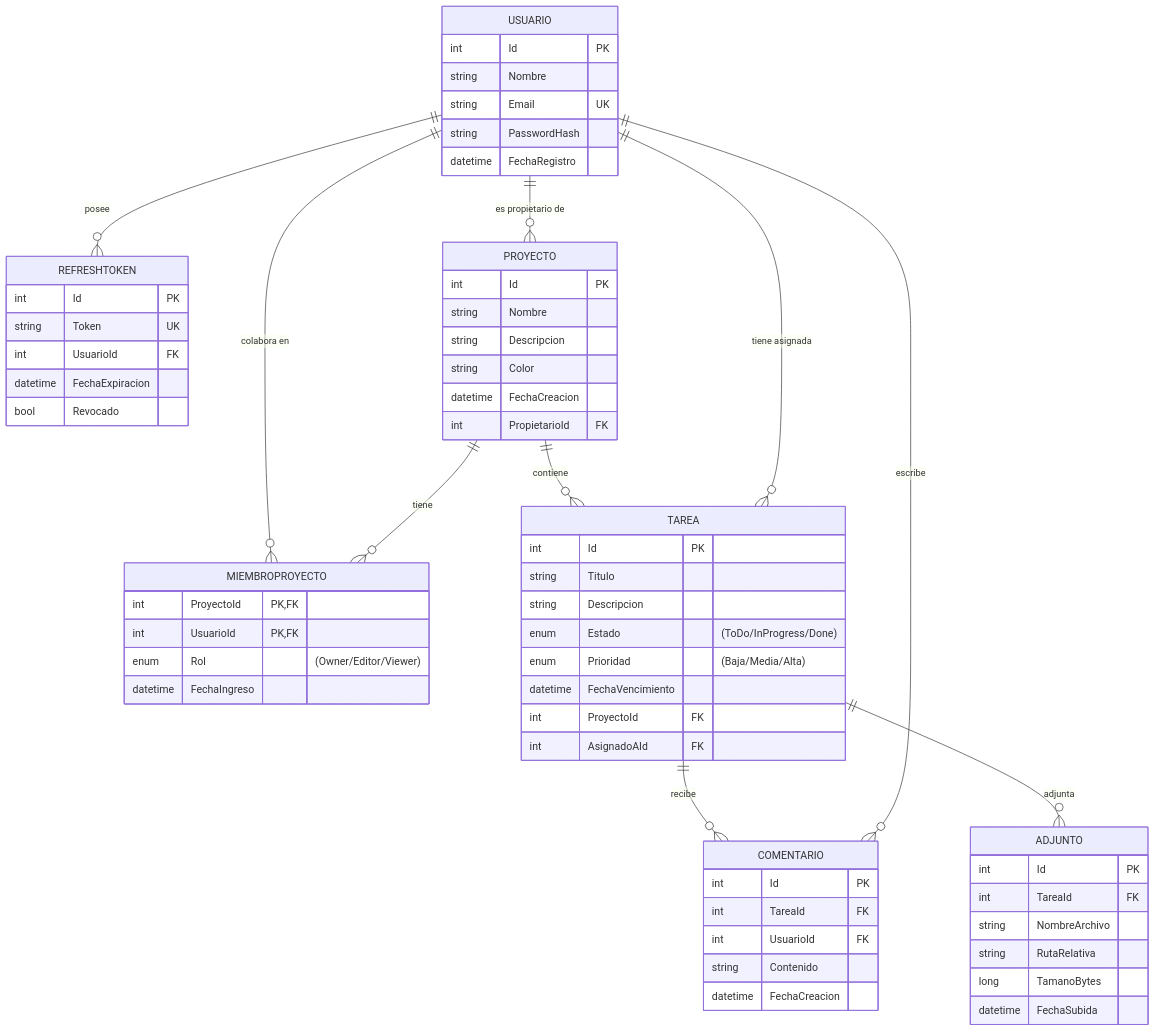
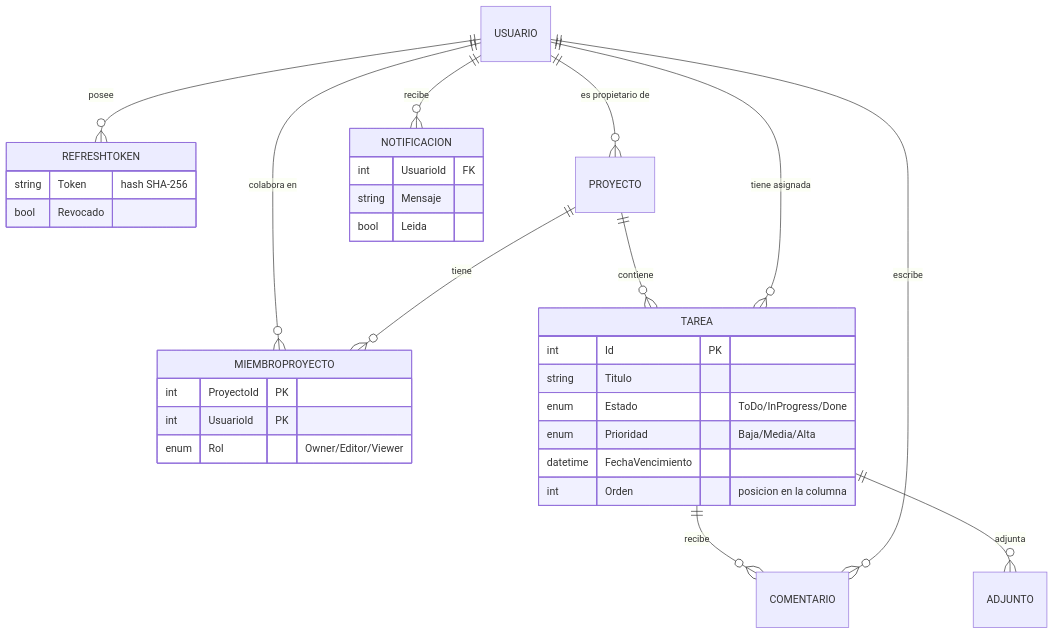
The second of 2 diagrams in README.md (Joel-S-Florian/gestor-tareas-api), drawn with Mermaid before and after one commit. The commit also changed other lines of this file and 7 other files, not shown here.

````diff
--- a/README.md
+++ b/README.md
@@ -97,66 +113,36 @@
 ```mermaid
 erDiagram
-    USUARIO ||--o{ REFRESHTOKEN : "posee"
+    USUARIO ||--o{ REFRESHTOKEN : posee
     USUARIO ||--o{ PROYECTO : "es propietario de"
     USUARIO ||--o{ MIEMBROPROYECTO : "colabora en"
-    PROYECTO ||--o{ MIEMBROPROYECTO : "tiene"
-    PROYECTO ||--o{ TAREA : "contiene"
+    PROYECTO ||--o{ MIEMBROPROYECTO : tiene
+    PROYECTO ||--o{ TAREA : contiene
     USUARIO ||--o{ TAREA : "tiene asignada"
-    TAREA ||--o{ COMENTARIO : "recibe"
-    USUARIO ||--o{ COMENTARIO : "escribe"
-    TAREA ||--o{ ADJUNTO : "adjunta"
+    TAREA ||--o{ COMENTARIO : recibe
+    USUARIO ||--o{ COMENTARIO : escribe
+    TAREA ||--o{ ADJUNTO : adjunta
+    USUARIO ||--o{ NOTIFICACION : recibe
 
-    USUARIO {
-        int Id PK
-        string Nombre
-        string Email UK
-        string PasswordHash
-        datetime FechaRegistro
-    }
-    PROYECTO {
-        int Id PK
-        string Nombre
-        string Descripcion
-        string Color
-        datetime FechaCreacion
-        int PropietarioId FK
-    }
-    MIEMBROPROYECTO {
-        int ProyectoId PK,FK
-        int UsuarioId PK,FK
-        enum Rol "(Owner/Editor/Viewer)"
-        datetime FechaIngreso
-    }
     TAREA {
         int Id PK
         string Titulo
-        string Descripcion
-        enum Estado "(ToDo/InProgress/Done)"
-        enum Prioridad "(Baja/Media/Alta)"
+        enum Estado "ToDo/InProgress/Done"
+        enum Prioridad "Baja/Media/Alta"
         datetime FechaVencimiento
-        int ProyectoId FK
-        int AsignadoAId FK
+        int Orden "posicion en la columna"
     }
-    COMENTARIO {
-        int Id PK
-        int TareaId FK
-        int UsuarioId FK
-        string Contenido
-        datetime FechaCreacion
-    }
-    ADJUNTO {
-        int Id PK
-        int TareaId FK
-        string NombreArchivo
-        string RutaRelativa
-        long TamanoBytes
-        datetime FechaSubida
+    MIEMBROPROYECTO {
+        int ProyectoId PK
+        int UsuarioId PK
+        enum Rol "Owner/Editor/Viewer"
     }
     REFRESHTOKEN {
-        int Id PK
-        string Token UK
-        int UsuarioId FK
-        datetime FechaExpiracion
+        string Token "hash SHA-256"
         bool Revocado
     }
+    NOTIFICACION {
+        int UsuarioId FK
+        string Mensaje
+        bool Leida
+    }
 ```
````
